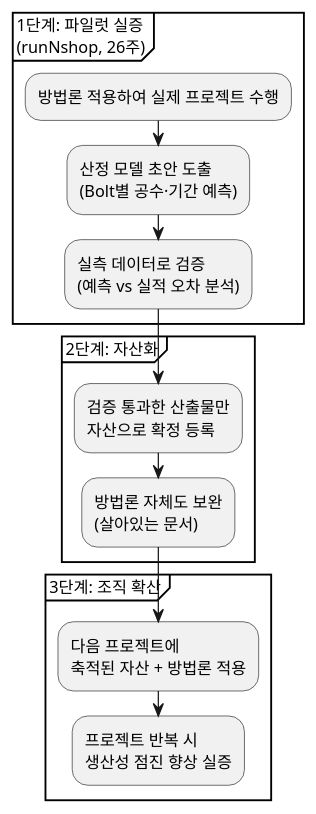
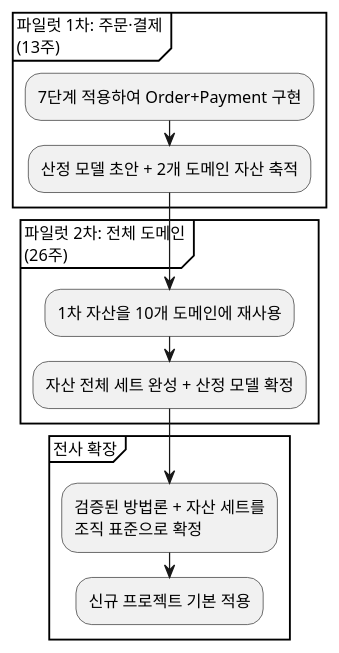
One commit to parknahyun/runNShop changed the second of 2 diagrams in docs/주간보고/AI활용_개발공정_지침서_보고용.md. Above: the diagram before and after it, drawn with PlantUML. The commit also changed other lines of this file and 187 other files, not shown here.

Commit message:
docs: 방법론 폴더 재구조화 + 자산화 문서 정리 - 방법론: 산출물-샘플 → 산출물샘플-공정별/산출물샘플-단계별 분리 - 방법론: 지침서 v2.2 삭제, v2.3 적용 - 자산화: 기존 공정별 구조(docs/자산화/) 삭제 → 단계별 구조(docs/자산화-단계별/)로 이관 완료 - 이니셔티브 문서(docs/이니스프리/) 추가 - 주간보고 W32 추가

````diff
--- a/docs/주간보고/AI활용_개발공정_지침서_보고용.md
+++ b/docs/주간보고/AI활용_개발공정_지침서_보고용.md
@@ -124,23 +159,22 @@
 ```plantuml
 @startuml
 skinparam backgroundColor transparent
 skinparam defaultFontSize 13
 
-partition "1단계: 파일럿 실증\n(runNshop, 26주)" {
-  :방법론 적용하여 실제 프로젝트 수행;
-  :산정 모델 초안 도출\n(Bolt별 공수·기간 예측);
-  :실측 데이터로 검증\n(예측 vs 실적 오차 분석);
+partition "파일럿 1차: 주문·결제\n(13주)" {
+  :7단계 적용하여 Order+Payment 구현;
+  :산정 모델 초안 + 2개 도메인 자산 축적;
 }
 
-partition "2단계: 자산화" {
-  :검증 통과한 산출물만\n자산으로 확정 등록;
-  :방법론 자체도 보완\n(살아있는 문서);
+partition "파일럿 2차: 전체 도메인\n(26주)" {
+  :1차 자산을 10개 도메인에 재사용;
+  :자산 전체 세트 완성 + 산정 모델 확정;
 }
 
-partition "3단계: 조직 확산" {
-  :다음 프로젝트에\n축적된 자산 + 방법론 적용;
-  :프로젝트 반복 시\n생산성 점진 향상 실증;
+partition "전사 확장" {
+  :검증된 방법론 + 자산 세트를\n조직 표준으로 확정;
+  :신규 프로젝트 기본 적용;
 }
 
 @enduml
 ```
````
